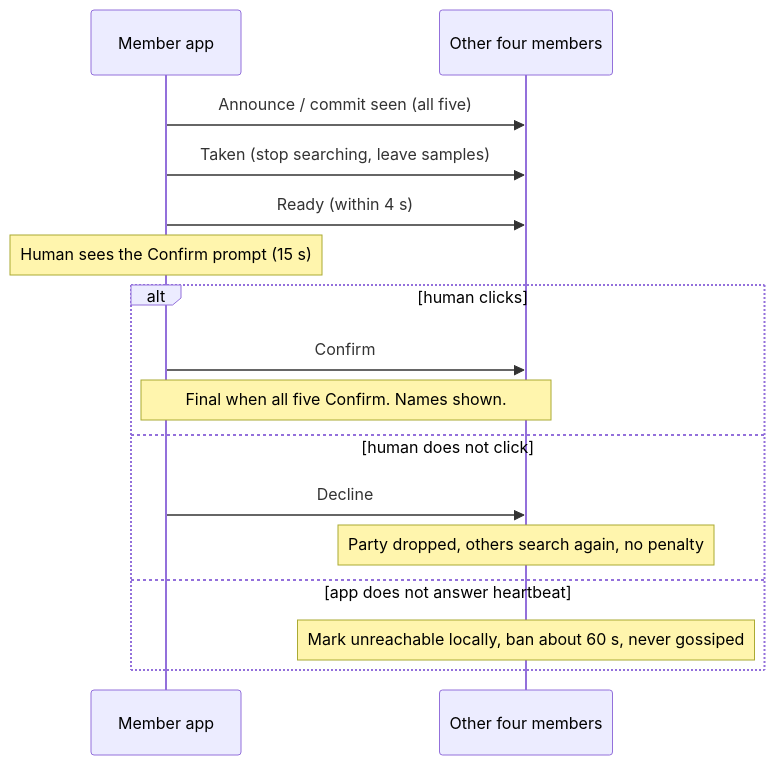
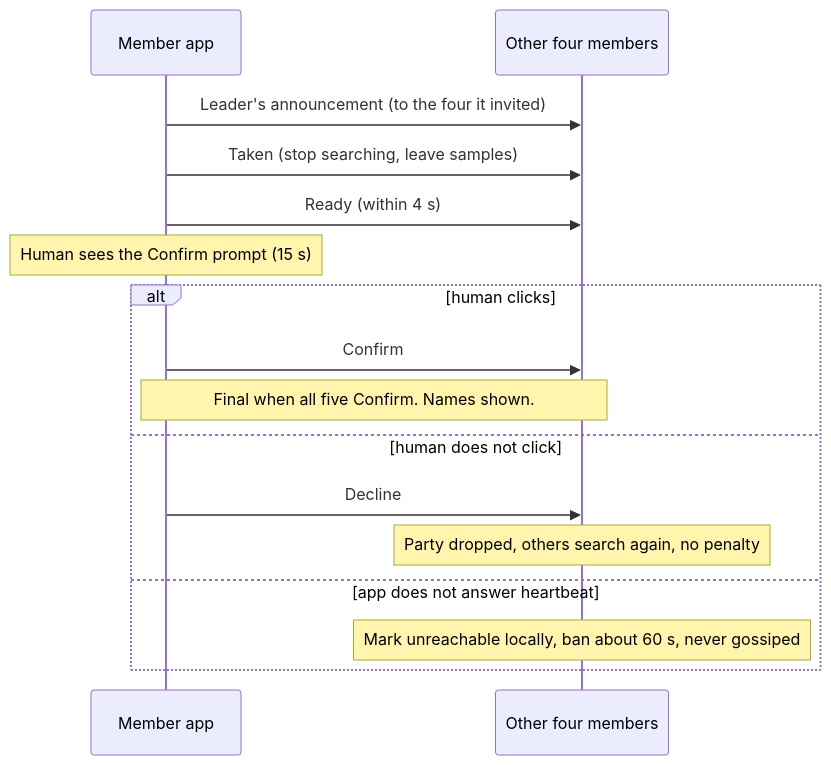
The second of 2 diagrams in docs/designs/forever-together.md (phughk/forever-together), drawn with Mermaid before and after one commit. The commit also changed other lines of this file and 18 other files, not shown here.

````diff
--- a/docs/designs/forever-together.md
+++ b/docs/designs/forever-together.md
@@ -206,18 +210,18 @@
 ```mermaid
 sequenceDiagram
     participant A as Member app
     participant P as Other four members
-    A->>P: Announce / commit seen (all five)
+    A->>P: Leader's announcement (to the four it invited)
     A->>P: Taken (stop searching, leave samples)
     A->>P: Ready (within 4 s)
     Note over A: Human sees the Confirm prompt (15 s)
     alt human clicks
         A->>P: Confirm
         Note over A,P: Final when all five Confirm. Names shown.
     else human does not click
         A->>P: Decline
         Note over P: Party dropped, others search again, no penalty
     else app does not answer heartbeat
         Note over P: Mark unreachable locally, ban about 60 s, never gossiped
     end
 ```
````
